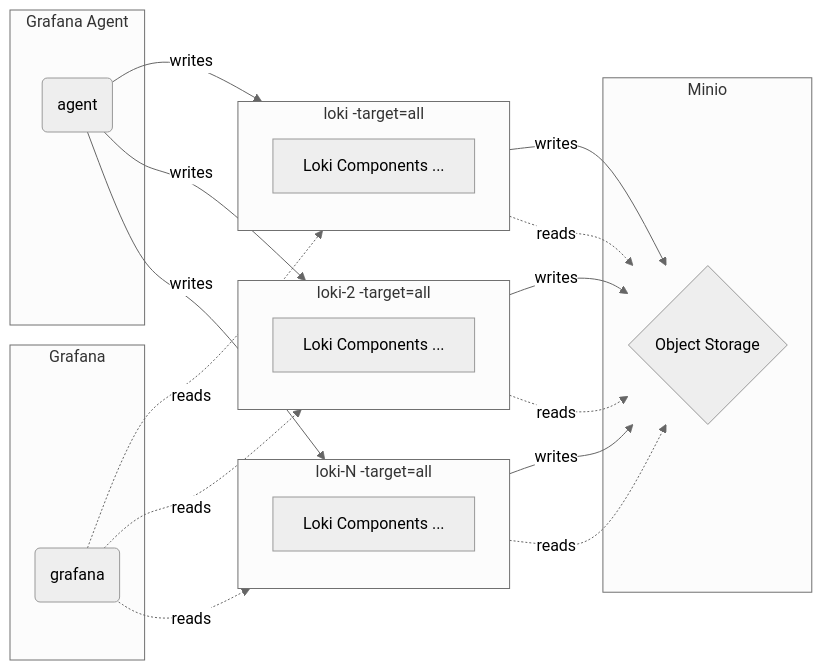
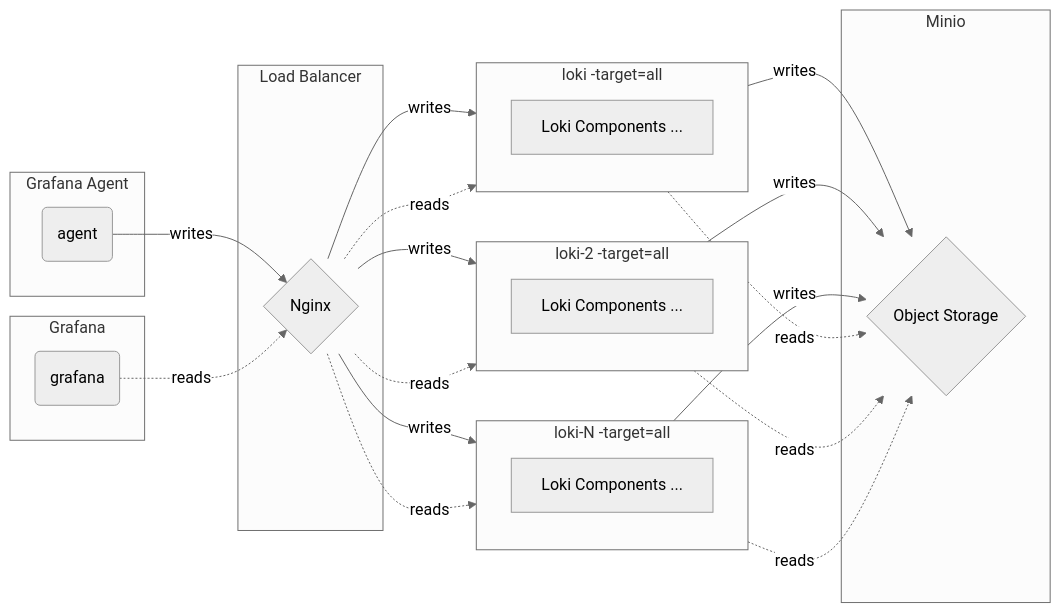
Before and after one commit to qclaogui/codelab-monitoring: the second of 2 diagrams in docker-compose/monolithic-mode/logs/README.md, drawn with Mermaid (neutral theme). The commit also changed other lines of this file and 16 other files, not shown here.

````diff
--- a/docker-compose/monolithic-mode/logs/README.md
+++ b/docker-compose/monolithic-mode/logs/README.md
@@ -37,30 +40,33 @@
 ```mermaid
 flowchart LR
-    A  -->|writes| Loki  -->|writes| M
-    A  -->|writes| Loki2 -->|writes| M
-    A  -->|writes| LokiN -->|writes| M
+    A  -->|writes| GW -->|writes| Loki -->|writes| M
+    GW -->|writes| Loki2 -->|writes| M
+    GW -->|writes| LokiN -->|writes| M
 
-    G -.->|reads| Loki  -.->|reads| M
-    G -.->|reads| Loki2 -.->|reads| M
-    G -.->|reads| LokiN -.->|reads| M
+    G  -.->|reads| GW    -.->|reads| Loki -.->|reads| M
+    GW -.->|reads| Loki2 -.->|reads| M
+    GW -.->|reads| LokiN -.->|reads| M
 
     subgraph Minio
         M{"Object Storage"}
     end
     subgraph Agent["Grafana Agent"]
         A("agent")
     end
     subgraph Grafana
         G("grafana")
+    end
+    subgraph Gateway["Load Balancer"]
+        GW{"Nginx"}
     end
 
     subgraph Loki["loki -target=all"]
         CP["Loki Components ..."]
     end
     subgraph Loki2["loki-2 -target=all"]
         CP-2["Loki Components ..."]
     end
     subgraph LokiN["loki-N -target=all"]
         CP-N["Loki Components ..."]
     end
 ```
````
